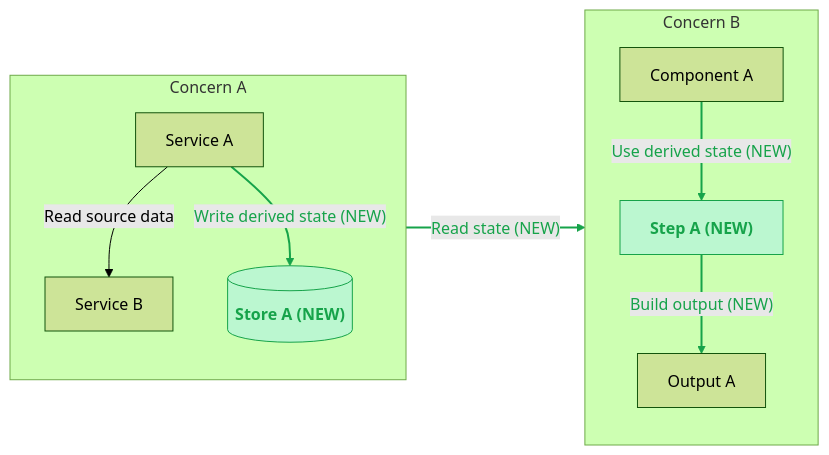
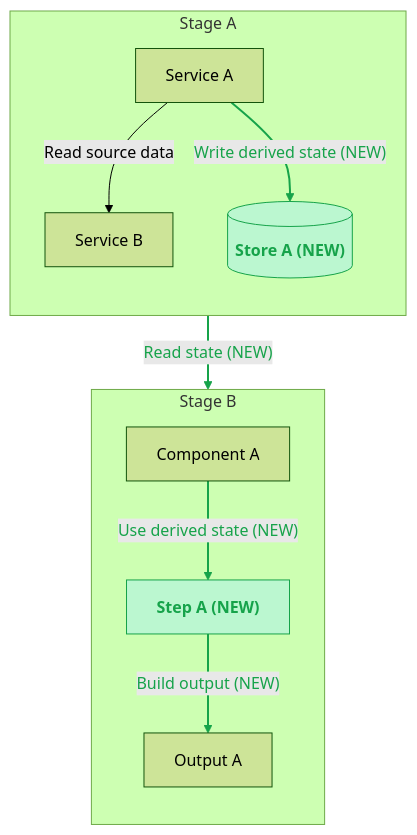
One commit to luanphandinh/workspace changed the diagram in skills/local-tech-design/SKILL.md. Above: the diagram before and after it, drawn with Mermaid (forest theme). The commit also changed other lines of this file and 2 other files, not shown here.

Commit message:
feat: enable auto refresh on preview markdown on web

````diff
--- a/skills/local-tech-design/SKILL.md
+++ b/skills/local-tech-design/SKILL.md
@@ -385,26 +385,26 @@
 ```mermaid
-flowchart LR
-  subgraph concern_a["Concern A"]
+flowchart TB
+  subgraph stage_a["Stage A"]
     direction TB
     service_a["Service A"]
     service_b["Service B"]
     store_a[("Store A (NEW)")]
     service_a -->|"Read source data"| service_b
     service_a -->|"Write derived state (NEW)"| store_a
   end
-  subgraph concern_b["Concern B"]
+  subgraph stage_b["Stage B"]
     direction TB
     component_a["Component A"]
     step_a["Step A (NEW)"]
     output_a["Output A"]
     component_a -->|"Use derived state (NEW)"| step_a
     step_a -->|"Build output (NEW)"| output_a
   end
   store_a -->|"Read state (NEW)"| component_a
   classDef new fill:#bbf7d0,stroke:#16a34a,color:#16a34a,font-weight:bold
   class store_a,step_a new
   linkStyle 1 stroke:#16a34a,stroke-width:2px,color:#16a34a
   linkStyle 2 stroke:#16a34a,stroke-width:2px,color:#16a34a
   linkStyle 3 stroke:#16a34a,stroke-width:2px,color:#16a34a
   linkStyle 4 stroke:#16a34a,stroke-width:2px,color:#16a34a
 ```
````
